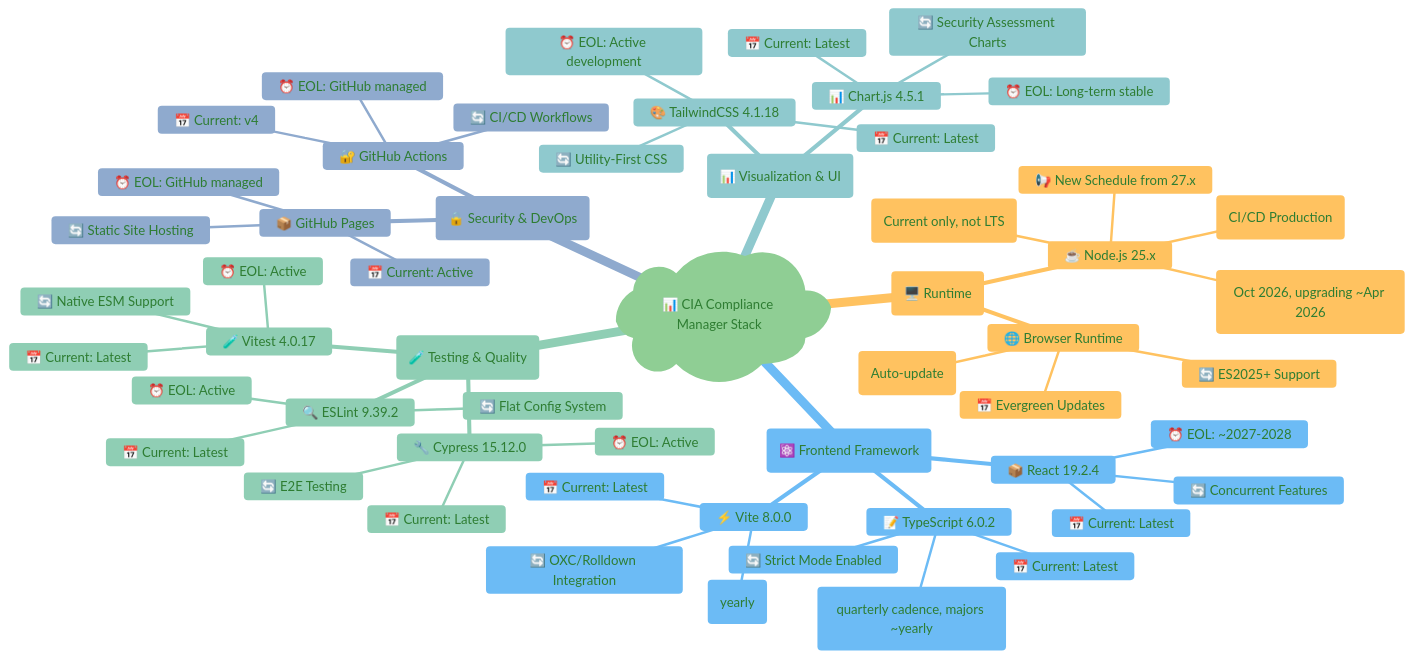
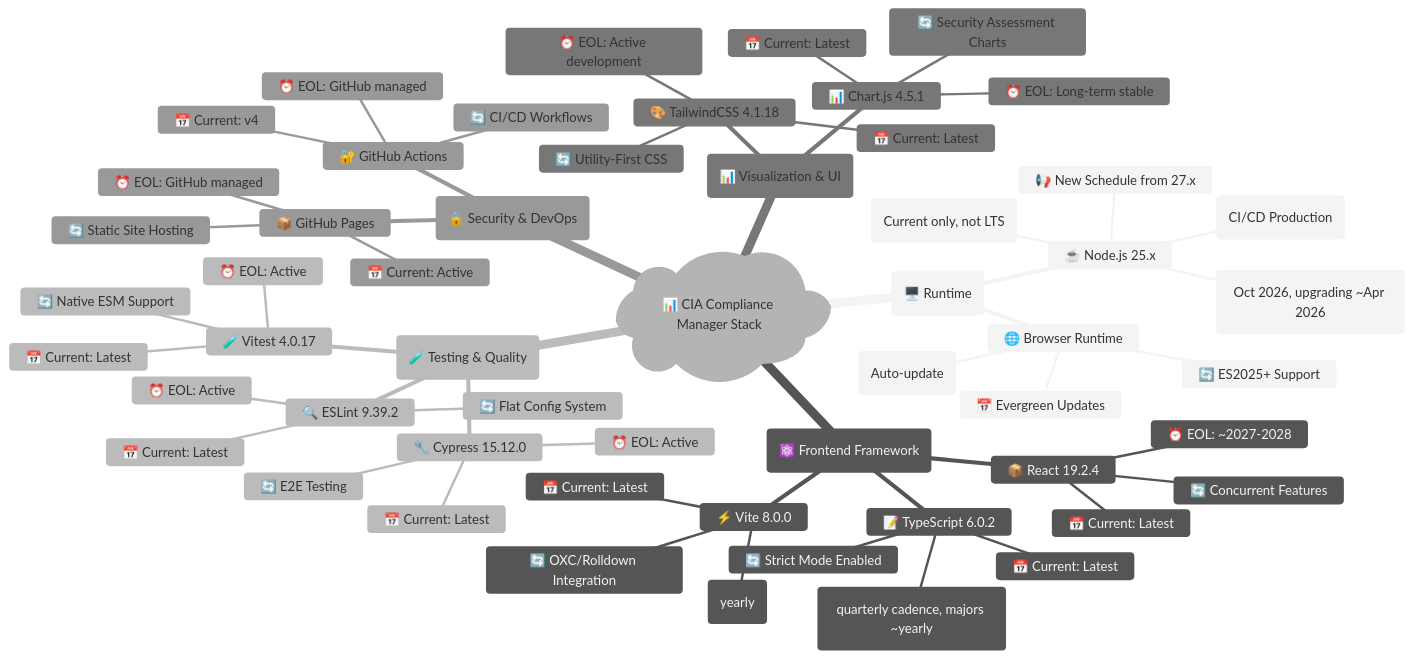
The first of 9 diagrams in docs/End-of-Life-Strategy.md (step-security-bot/cia-compliance-manager), drawn with Mermaid before and after one commit. The commit also changed other lines of this file and 27 other files, not shown here.

First line of the commit message:
fix: resolve broken mermaid diagrams and improve color coding to match ISMS style guide (#1106)

````diff
--- a/docs/End-of-Life-Strategy.md
+++ b/docs/End-of-Life-Strategy.md
@@ -51,70 +51,59 @@
 ```mermaid
-%%{
-  init: {
-    'theme': 'base',
-    'themeVariables': {
-      'primaryColor': '#e8f5e9',
-      'primaryTextColor': '#2e7d32',
-      'lineColor': '#4caf50',
-      'secondaryColor': '#fff3e0',
-      'tertiaryColor': '#e3f2fd'
-    }
-  }
-}%%
+%%{init: {"theme": "neutral"}}%%
 mindmap
   root)📊 CIA Compliance Manager Stack(
     (🖥️ Runtime)
       ☕ Node.js 25.x
         📅 Current: 25.x (CI/CD Production)
         ⏰ Node 25 EOL: Apr 2026 (Current only, not LTS)
         🔄 Next LTS: Node 26 (Oct 2026, upgrading ~Apr 2026)
         📢 New Schedule from 27.x
       🌐 Browser Runtime
         📅 Evergreen Updates
         ⏰ EOL: N/A (Auto-update)
         🔄 ES2025+ Support
     (⚛️ Frontend Framework)
       📦 React 19.2.4
         📅 Current: Latest
         ⏰ EOL: ~2027-2028
         🔄 Concurrent Features
       📝 TypeScript 6.0.2
         📅 Current: Latest
         ⏰ EOL: Active (quarterly cadence, majors ~yearly)
         🔄 Strict Mode Enabled
       ⚡ Vite 8.0.0
         📅 Current: Latest
         ⏰ EOL: Active (yearly)
         🔄 OXC/Rolldown Integration
     (🧪 Testing & Quality)
       🧪 Vitest 4.0.17
         📅 Current: Latest
         ⏰ EOL: Active
         🔄 Native ESM Support
       🔧 Cypress 15.12.0
         📅 Current: Latest
         ⏰ EOL: Active
         🔄 E2E Testing
       🔍 ESLint 9.39.2
         📅 Current: Latest
         ⏰ EOL: Active
         🔄 Flat Config System
     (📊 Visualization & UI)
       📊 Chart.js 4.5.1
         📅 Current: Latest
         ⏰ EOL: Long-term stable
         🔄 Security Assessment Charts
       🎨 TailwindCSS 4.1.18
         📅 Current: Latest
         ⏰ EOL: Active development
         🔄 Utility-First CSS
     (🔒 Security & DevOps)
       🔐 GitHub Actions
         📅 Current: v4
         ⏰ EOL: GitHub managed
         🔄 CI/CD Workflows
       📦 GitHub Pages
         📅 Current: Active
         ⏰ EOL: GitHub managed
         🔄 Static Site Hosting
 ```
````
